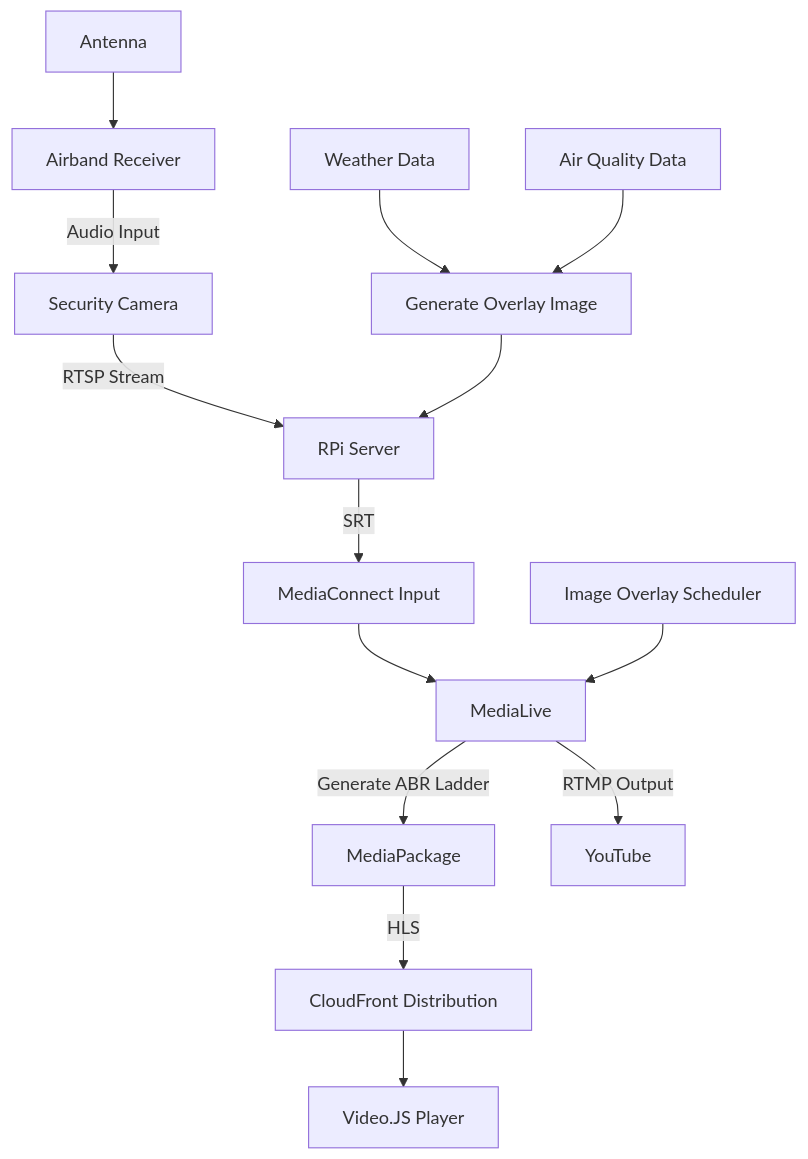
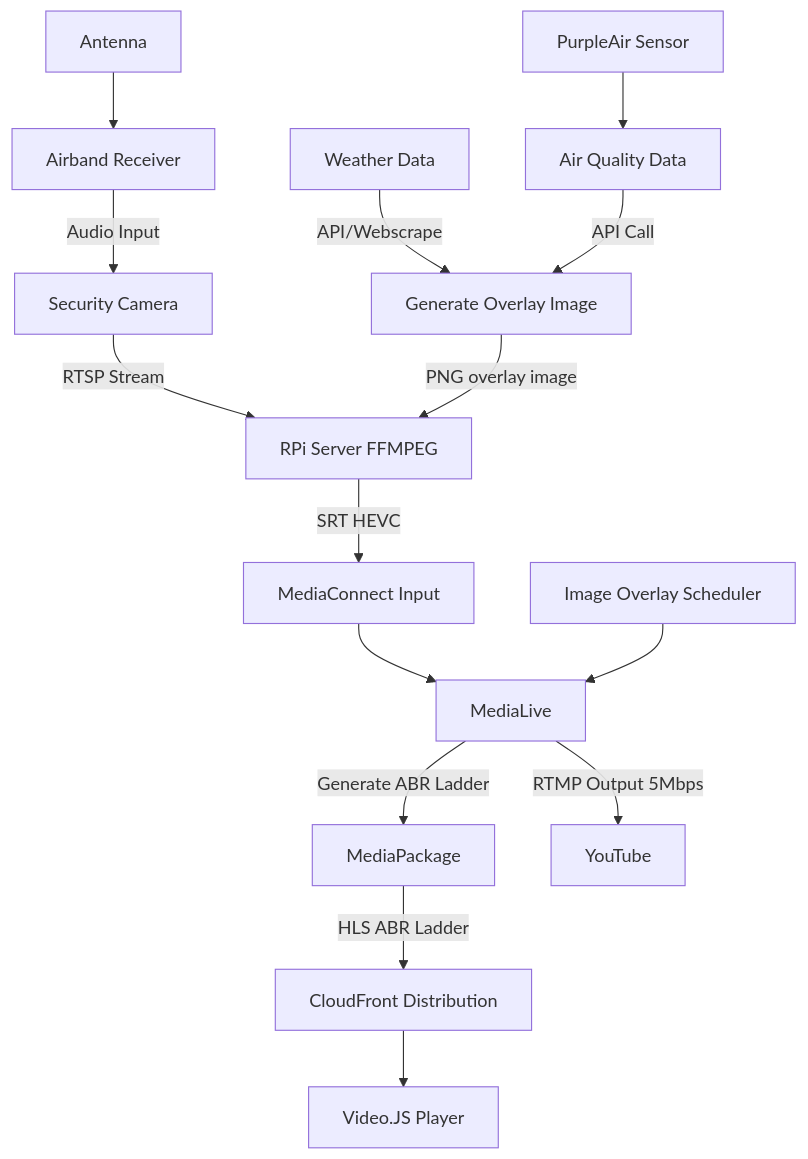
The diagram in README.md (nontexan/airport-webcam), drawn with Mermaid before and after one commit.

Commit message:
Updated README.md overview flow chart
Added detail to the overview flow chart

````diff
--- a/README.md
+++ b/README.md
@@ -13,16 +13,17 @@
 ```mermaid
-graph TD;
+flowchart TD;
   A[Antenna] --> B[Airband Receiver];
-  C[Security Camera] --> |RTSP Stream| D[RPi Server];
+  C[Security Camera] --> |RTSP Stream| D[RPi Server FFMPEG];
   B --> |Audio Input| C;
-  E[Weather Data] --> F[Generate Overlay Image];
-  G[Air Quality Data] --> F;
-F --> D;
-D --> |SRT| H[MediaConnect Input];
+  E[Weather Data] --> |API/Webscrape| F[Generate Overlay Image];
+  GG[PurpleAir Sensor] --> G;
+  G[Air Quality Data] --> |API Call| F;
+F --> |PNG overlay image| D;
+D --> |SRT HEVC| H[MediaConnect Input];
 H --> I[MediaLive];
 K[Image Overlay Scheduler] --> I;
 I --> |Generate ABR Ladder| J[MediaPackage];
-I --> |RTMP Output| N[YouTube];
-J --> |HLS| L[CloudFront Distribution];
+I --> |RTMP Output 5Mbps| N[YouTube];
+J --> |HLS ABR Ladder| L[CloudFront Distribution];
 L --> M[Video.JS Player];
 ```
````
